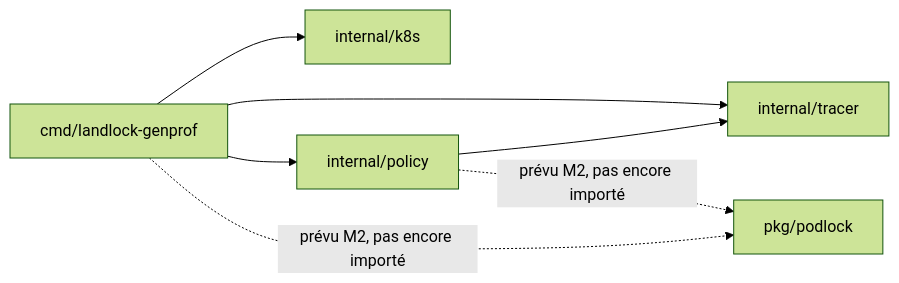
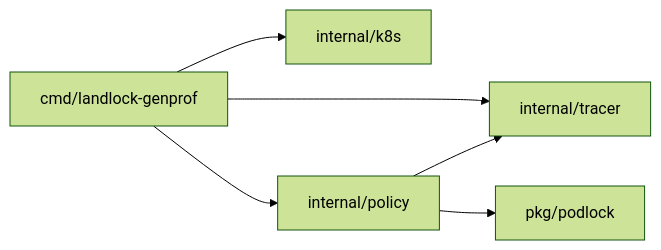
The third of 3 diagrams in docs/architecture.md (idriss-eliguene/landlock-genprof), drawn with Mermaid (forest theme) before and after one commit. The commit also changed other lines of this file and 6 other files, not shown here.

````diff
--- a/docs/architecture.md
+++ b/docs/architecture.md
@@ -97,15 +97,14 @@
 ```mermaid
 flowchart LR
     cmd["cmd/landlock-genprof"]
     k8s["internal/k8s"]
     tracer["internal/tracer"]
     policy["internal/policy"]
     podlock["pkg/podlock"]
 
     cmd --> k8s
     cmd --> tracer
     cmd --> policy
     policy --> tracer
-    cmd -.->|"prévu M2, pas encore importé"| podlock
-    policy -.->|"prévu M2, pas encore importé"| podlock
+    policy --> podlock
 ```
````
